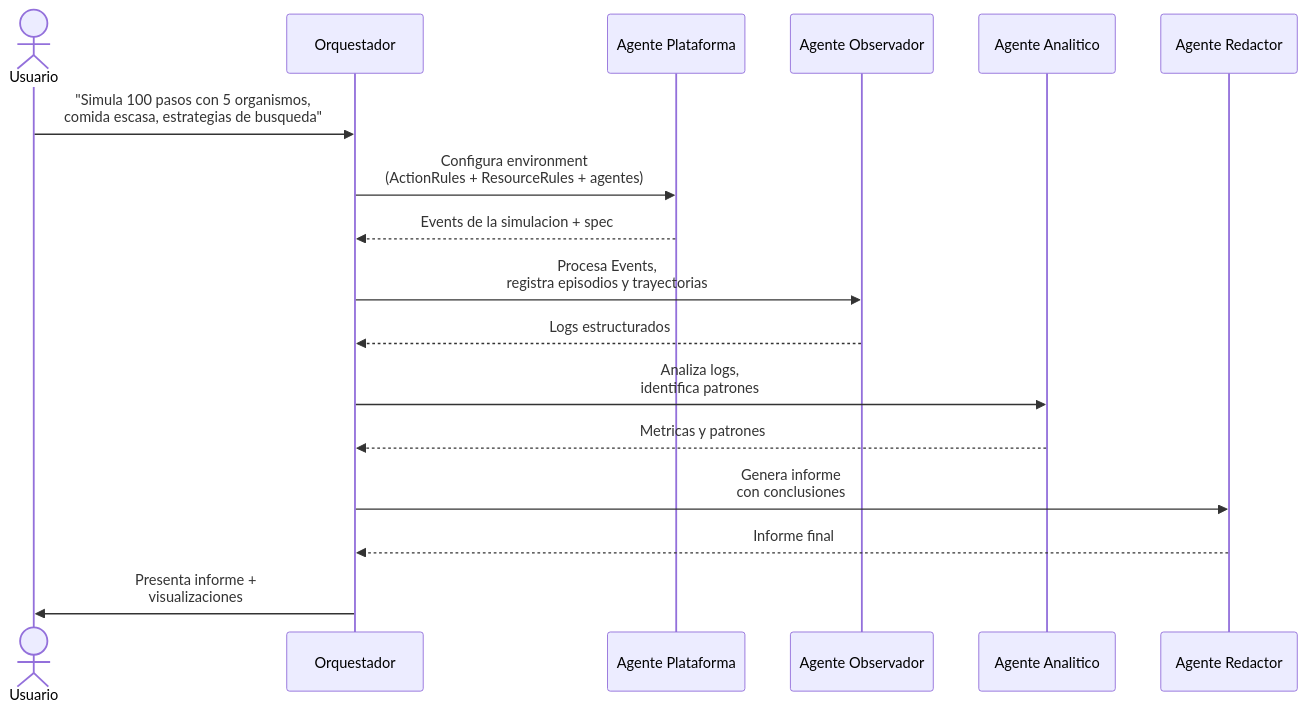
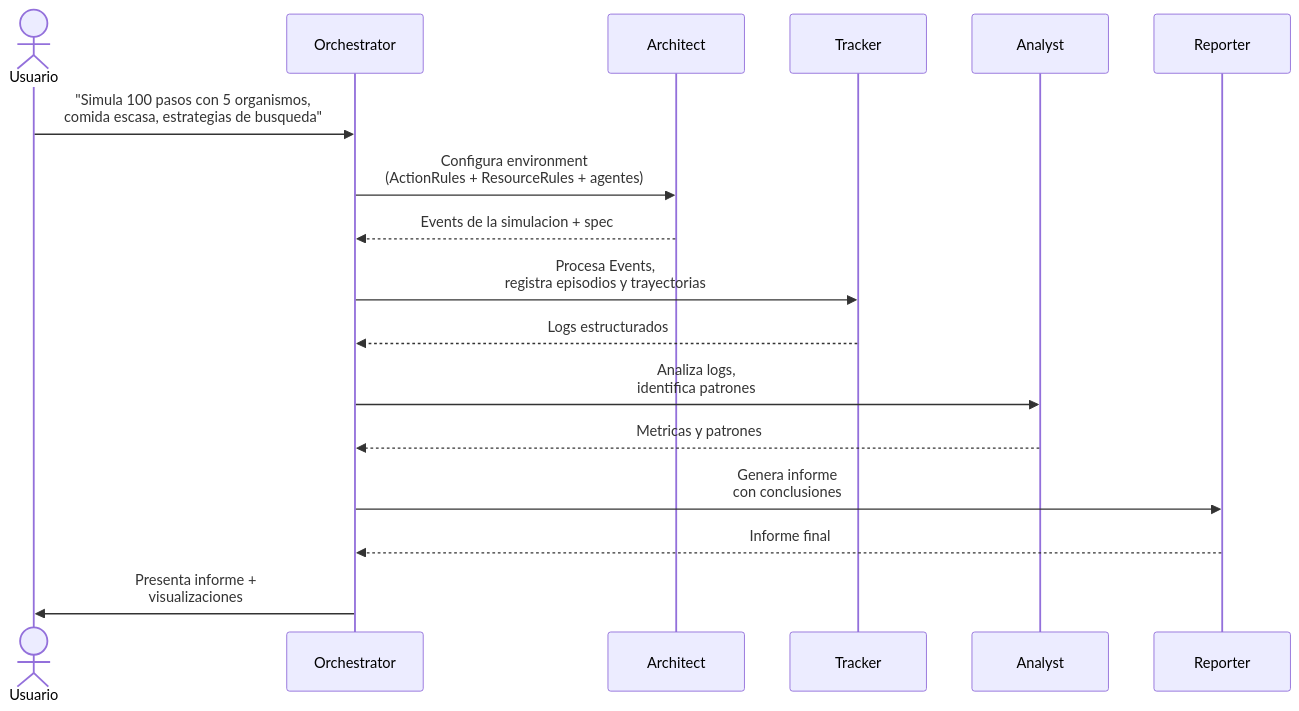
One commit to srfreire/labTFG changed the fourth of 4 diagrams in phase2-juan/docs/DESIGN.md. Above: the diagram before and after it, drawn with Mermaid. The commit also changed other lines of this file and 1 other file, not shown here.

````diff
--- a/phase2-juan/docs/DESIGN.md
+++ b/phase2-juan/docs/DESIGN.md
@@ -410,20 +410,20 @@
 ```mermaid
 sequenceDiagram
     actor U as Usuario
-    participant O as Orquestador
-    participant P as Agente Plataforma
-    participant OB as Agente Observador
-    participant AN as Agente Analitico
-    participant R as Agente Redactor
+    participant O as Orchestrator
+    participant P as Architect
+    participant OB as Tracker
+    participant AN as Analyst
+    participant R as Reporter
 
     U->>O: "Simula 100 pasos con 5 organismos,<br>comida escasa, estrategias de busqueda"
     O->>P: Configura environment<br>(ActionRules + ResourceRules + agentes)
     P-->>O: Events de la simulacion + spec
     O->>OB: Procesa Events,<br>registra episodios y trayectorias
     OB-->>O: Logs estructurados
     O->>AN: Analiza logs,<br>identifica patrones
     AN-->>O: Metricas y patrones
     O->>R: Genera informe<br>con conclusiones
     R-->>O: Informe final
     O->>U: Presenta informe +<br>visualizaciones
 ```
````
